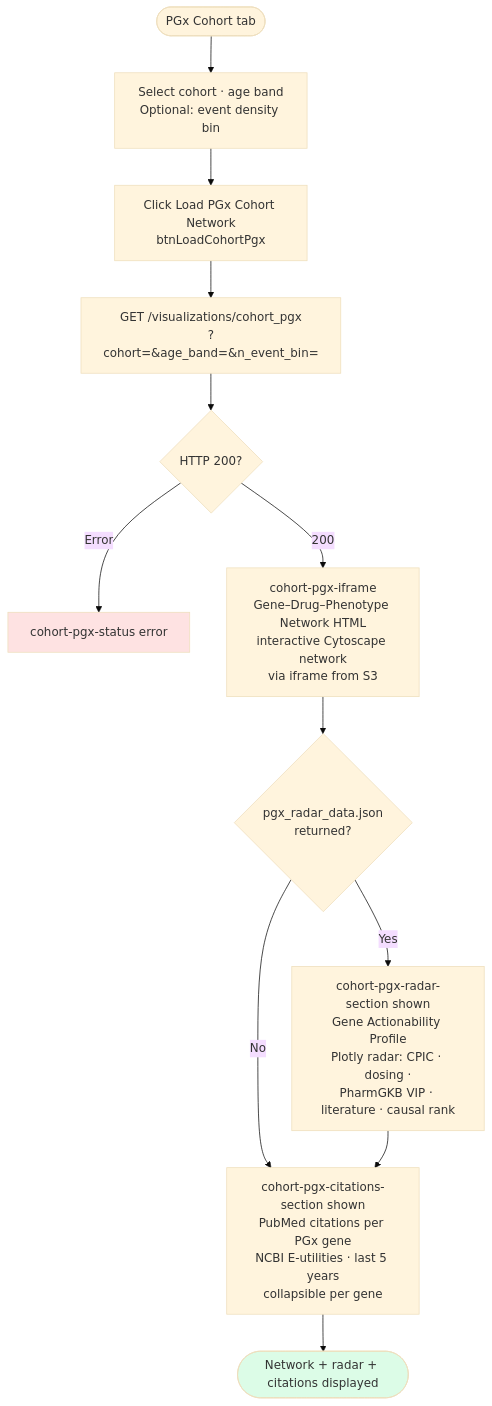
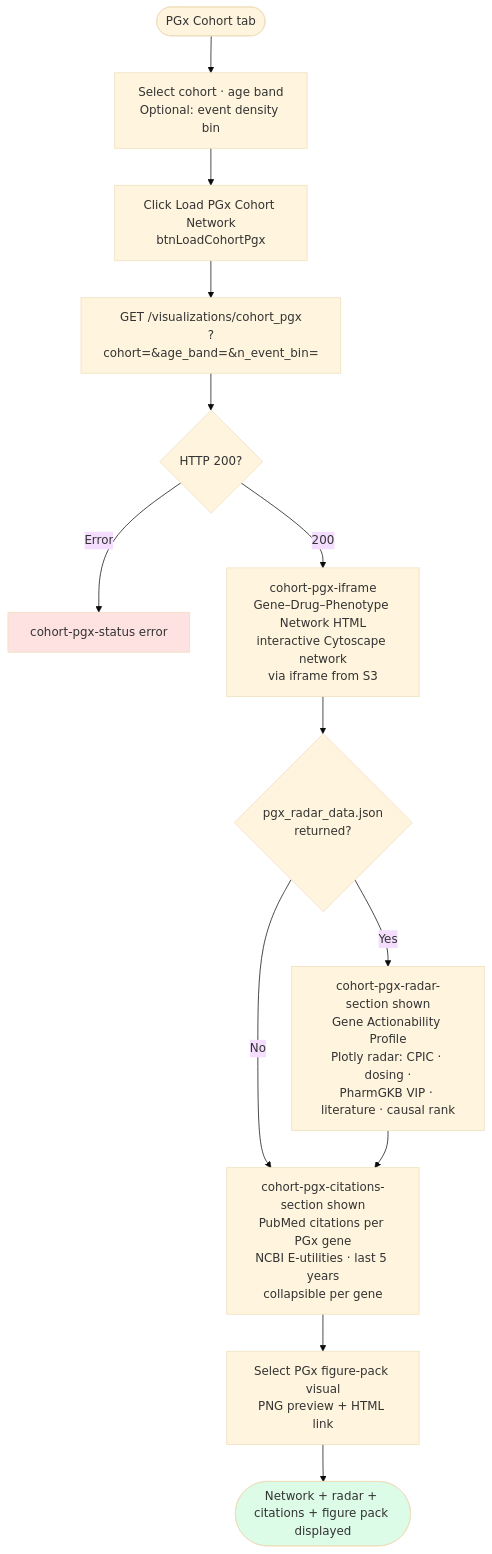
One commit to Jerome3590/pgx-analysis changed diagram 13 of 13 in 10_risk_dashboard/README.md. Above: the diagram before and after it, drawn with Mermaid (base theme). The commit also changed other lines of this file and 31 other files, not shown here.

Commit message:
Add PGx network figure pack to dashboard

````diff
--- a/10_risk_dashboard/README.md
+++ b/10_risk_dashboard/README.md
@@ -733,17 +733,18 @@
 ```mermaid
 flowchart TD
     A([PGx Cohort tab]) --> B[Select cohort · age band\nOptional: event density bin]
     B --> C[Click Load PGx Cohort Network\nbtnLoadCohortPgx]
     C --> D[GET /visualizations/cohort_pgx\n?cohort=&age_band=&n_event_bin=]
     D --> E{HTTP 200?}
     E -->|Error| F[cohort-pgx-status error]
     E -->|200| G[cohort-pgx-iframe\nGene–Drug–Phenotype Network HTML\ninteractive Cytoscape network\nvia iframe from S3]
     G --> H{pgx_radar_data.json\nreturned?}
     H -->|Yes| I[cohort-pgx-radar-section shown\nGene Actionability Profile\nPlotly radar: CPIC · dosing ·\nPharmGKB VIP · literature · causal rank]
     H -->|No| J
     I --> J[cohort-pgx-citations-section shown\nPubMed citations per PGx gene\nNCBI E-utilities · last 5 years\ncollapsible per gene]
-    J --> K([Network + radar + citations displayed])
+    J --> K[Select PGx figure-pack visual\nPNG preview + HTML link]
+    K --> L([Network + radar + citations + figure pack displayed])
 
     style F fill:#fee2e2
-    style K fill:#dcfce7
+    style L fill:#dcfce7
 ```
````
